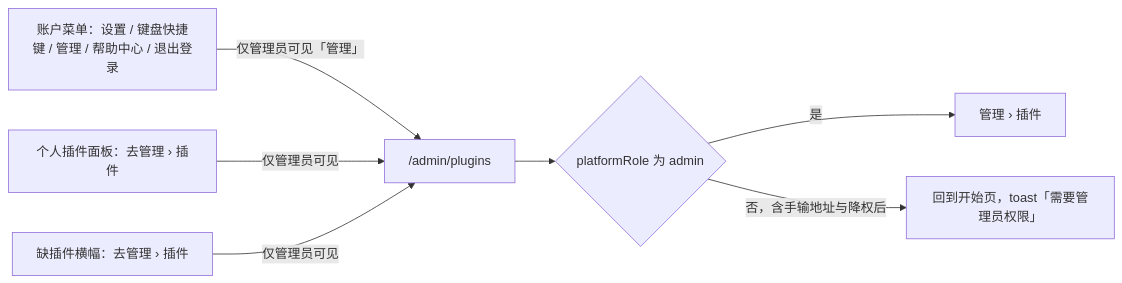
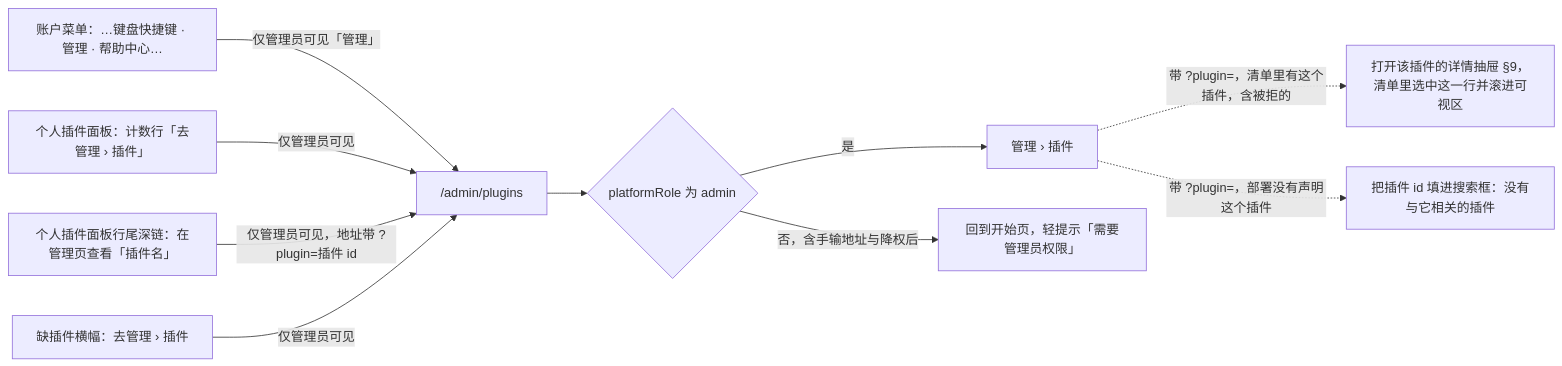
The first of 4 diagrams in docs/20-design/03-screens/32-admin-plugin-management.md (Xeonice/cordis-ppt-editor), drawn with Mermaid before and after one commit. The commit also changed other lines of this file and 44 other files, not shown here.

````diff
--- a/docs/20-design/03-screens/32-admin-plugin-management.md
+++ b/docs/20-design/03-screens/32-admin-plugin-management.md
@@ -31,16 +30,22 @@
 ```mermaid
 flowchart LR
-  menu["账户菜单：设置 / 键盘快捷键 / 管理 / 帮助中心 / 退出登录"]
-  panel["个人插件面板：去管理 › 插件"]
+  menu["账户菜单：…键盘快捷键 · 管理 · 帮助中心…"]
+  panel["个人插件面板：计数行「去管理 › 插件」"]
+  deep["个人插件面板行尾深链：在管理页查看「插件名」"]
   banner["缺插件横幅：去管理 › 插件"]
   route["/admin/plugins"]
   guard{"platformRole 为 admin"}
   page["管理 › 插件"]
-  home["回到开始页，toast「需要管理员权限」"]
+  drawer["打开该插件的详情抽屉 §9，清单里选中这一行并滚进可视区"]
+  search["把插件 id 填进搜索框：没有与它相关的插件"]
+  home["回到开始页，轻提示「需要管理员权限」"]
   menu -->|"仅管理员可见「管理」"| route
   panel -->|"仅管理员可见"| route
+  deep -->|"仅管理员可见，地址带 ?plugin=插件 id"| route
   banner -->|"仅管理员可见"| route
   route --> guard
   guard -->|"是"| page
   guard -->|"否，含手输地址与降权后"| home
+  page -.->|"带 ?plugin=，清单里有这个插件，含被拒的"| drawer
+  page -.->|"带 ?plugin=，部署没有声明这个插件"| search
 ```
````
